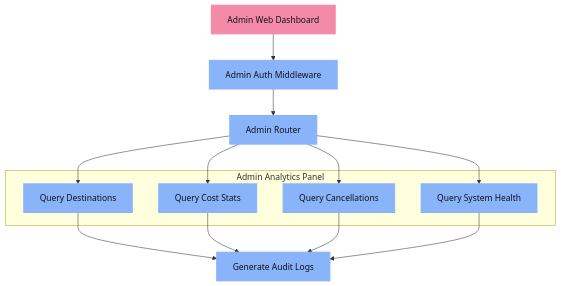
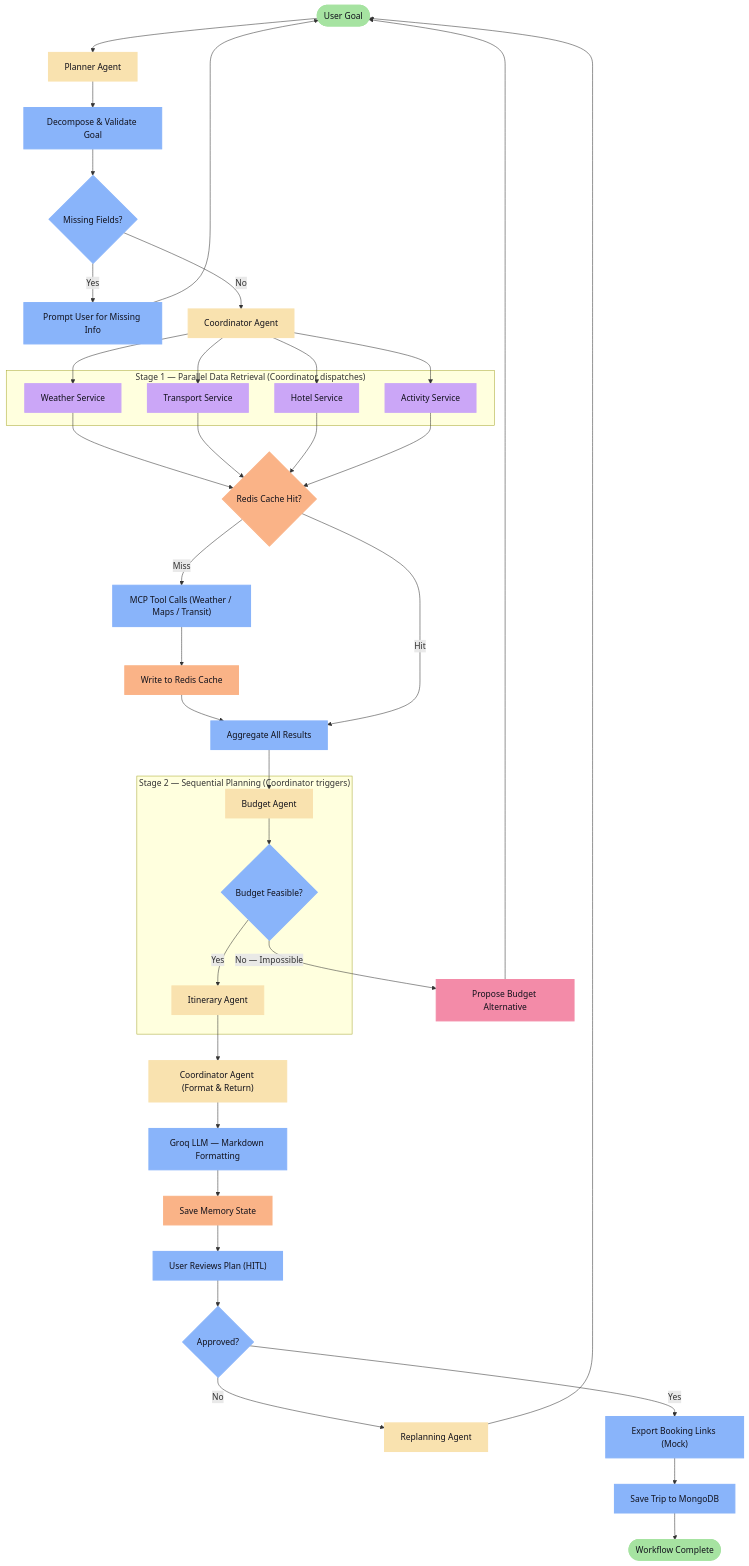
One commit to Dhayananth1511/AI-Travel-Planner_CapStoneProject_Presidio_InternShip changed the second of 5 diagrams in README.md. Above: the diagram before and after it, drawn with Mermaid. The commit also changed other lines of this file, not shown here.

Commit message:
Flow chart updated

````diff
--- a/README.md
+++ b/README.md
@@ -115,27 +129,68 @@
 ```mermaid
 graph TD
-    classDef default fill:#1e1e2e,stroke:#cdd6f4,stroke-width:2px,color:#cdd6f4;
     classDef startEnd fill:#a6e3a1,stroke:#a6e3a1,stroke-width:2px,color:#11111b;
     classDef process fill:#89b4fa,stroke:#89b4fa,stroke-width:2px,color:#11111b;
-    classDef admin fill:#f38ba8,stroke:#f38ba8,stroke-width:2px,color:#11111b;
+    classDef agent fill:#f9e2af,stroke:#f9e2af,stroke-width:2px,color:#11111b;
+    classDef service fill:#cba6f7,stroke:#cba6f7,stroke-width:2px,color:#11111b;
+    classDef cache fill:#fab387,stroke:#fab387,stroke-width:2px,color:#11111b;
+    classDef error fill:#f38ba8,stroke:#f38ba8,stroke-width:2px,color:#11111b;
 
-    Admin["Admin Web Dashboard"]:::admin --> Auth["Admin Auth Middleware"]:::process
-    Auth --> DashboardREST["Admin Router"]:::process
-    
-    subgraph Metrics ["Admin Analytics Panel"]
-        PopularDest["Query Destinations"]:::process
-        Stats["Query Cost Stats"]:::process
-        CancelRate["Query Cancellations"]:::process
-        Telemetry["Query System Health"]:::process
+    Goal([User Goal]):::startEnd --> PlannerAgent["Planner Agent"]:::agent
+    PlannerAgent --> Decompose["Decompose & Validate Goal"]:::process
+
+    Decompose --> MissingInfo{"Missing Fields?"}:::process
+    MissingInfo -->|Yes| Clarify["Prompt User for Missing Info"]:::process
+    Clarify --> Goal
+
+    MissingInfo -->|No| Coordinator["Coordinator Agent"]:::agent
+
+    %% --- Stage 1: Parallel Data Services ---
+    subgraph Parallel ["Stage 1 — Parallel Data Retrieval (Coordinator dispatches)"]
+        WeatherSvc["Weather Service"]:::service
+        TransportSvc["Transport Service"]:::service
+        HotelSvc["Hotel Service"]:::service
+        ActivitySvc["Activity Service"]:::service
     end
-    
-    DashboardREST --> PopularDest
-    DashboardREST --> Stats
-    DashboardREST --> CancelRate
-    DashboardREST --> Telemetry
-    
-    PopularDest --> Audit["Generate Audit Logs"]:::process
-    Stats --> Audit
-    CancelRate --> Audit
-    Telemetry --> Audit
+
+    Coordinator --> WeatherSvc
+    Coordinator --> TransportSvc
+    Coordinator --> HotelSvc
+    Coordinator --> ActivitySvc
+
+    WeatherSvc --> CacheCheck{"Redis Cache Hit?"}:::cache
+    TransportSvc --> CacheCheck
+    HotelSvc --> CacheCheck
+    ActivitySvc --> CacheCheck
+
+    CacheCheck -->|Miss| MCPTools["MCP Tool Calls (Weather / Maps / Transit)"]:::process
+    MCPTools --> WriteCache["Write to Redis Cache"]:::cache
+    WriteCache --> Aggregate
+
+    CacheCheck -->|Hit| Aggregate["Aggregate All Results"]:::process
+
+    %% --- Stage 2: Sequential Planning ---
+    subgraph Sequential ["Stage 2 — Sequential Planning (Coordinator triggers)"]
+        BudgetAgent["Budget Agent"]:::agent
+        BudgetCheck{"Budget Feasible?"}:::process
+        ItinAgent["Itinerary Agent"]:::agent
+    end
+
+    Aggregate --> BudgetAgent
+    BudgetAgent --> BudgetCheck
+    BudgetCheck -->|No — Impossible| AltBudget["Propose Budget Alternative"]:::error
+    AltBudget --> Goal
+    BudgetCheck -->|Yes| ItinAgent
+
+    ItinAgent --> Coordinator2["Coordinator Agent (Format & Return)"]:::agent
+    Coordinator2 --> LLMFormat["Groq LLM — Markdown Formatting"]:::process
+    LLMFormat --> SaveMemory["Save Memory State"]:::cache
+    SaveMemory --> UserReview["User Reviews Plan (HITL)"]:::process
+
+    UserReview --> Approved{"Approved?"}:::process
+    Approved -->|No| ReplanAgent["Replanning Agent"]:::agent
+    ReplanAgent --> Goal
+
+    Approved -->|Yes| MockExport["Export Booking Links (Mock)"]:::process
+    MockExport --> SaveTrip["Save Trip to MongoDB"]:::process
+    SaveTrip --> Done([Workflow Complete]):::startEnd
 ```
````
